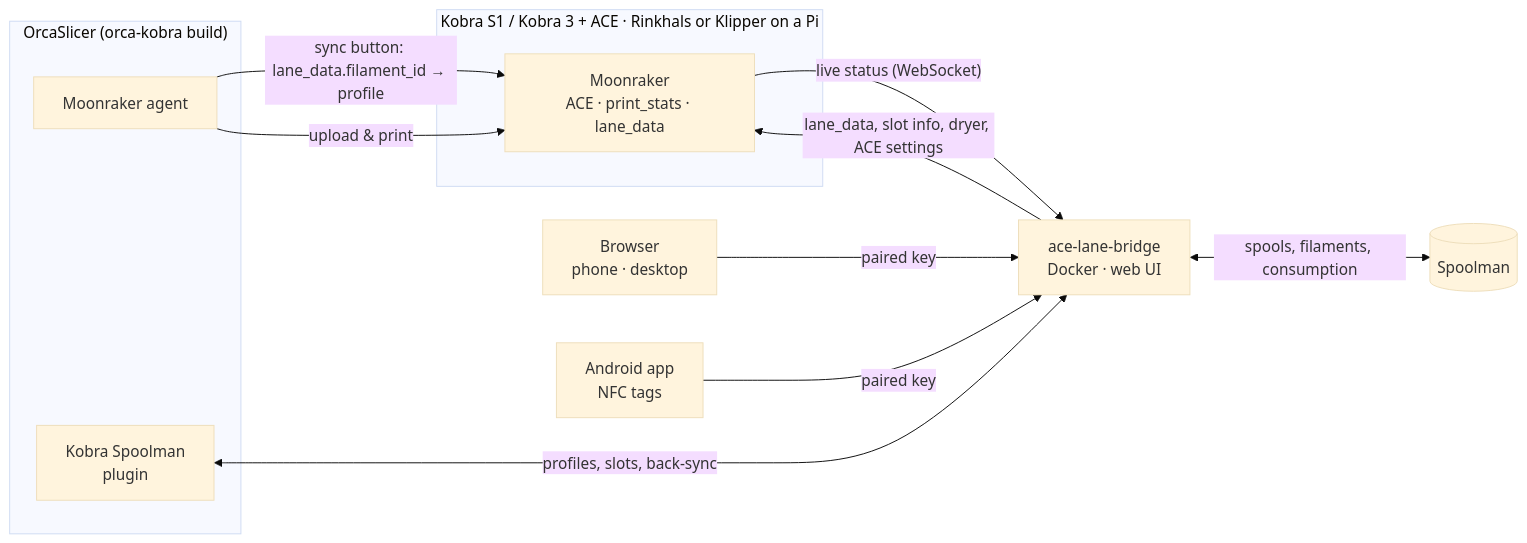
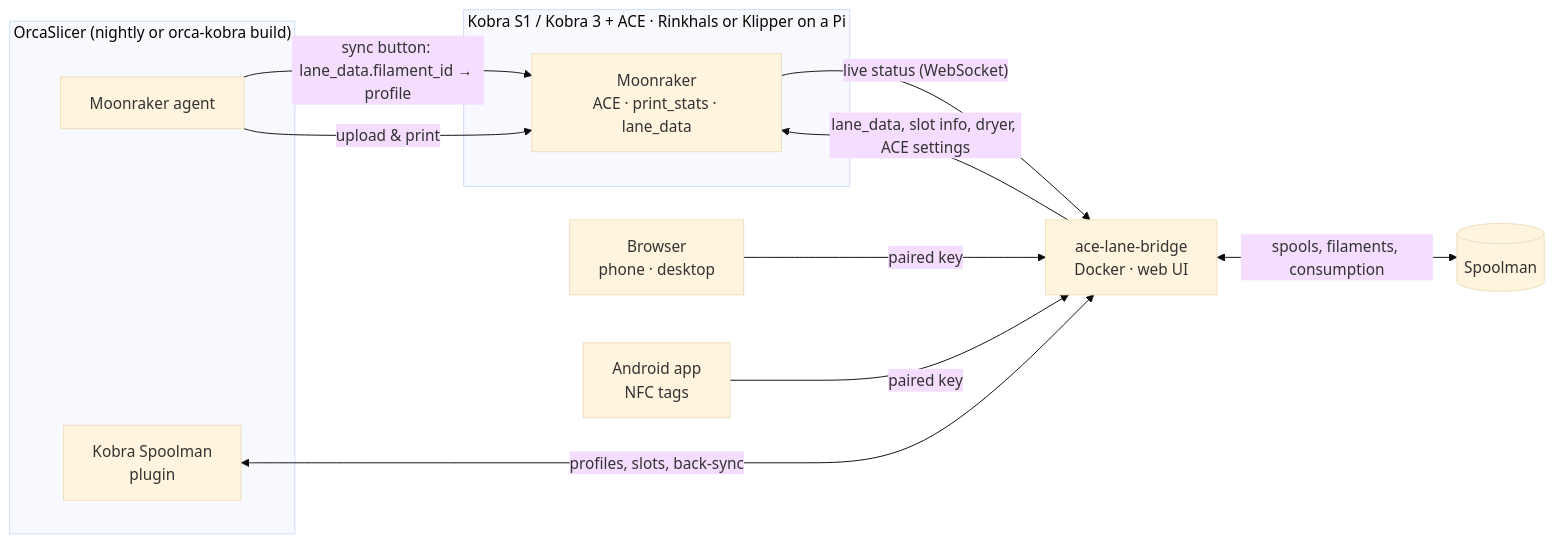
Before and after one commit to xNoVoSx/kobra-spoolman: the diagram in README.md, drawn with Mermaid (base theme). The commit also changed other lines of this file and 23 other files, not shown here.

````diff
--- a/README.md
+++ b/README.md
@@ -77,23 +81,23 @@
 ```mermaid
 flowchart LR
     subgraph Printer["Kobra S1 / Kobra 3 + ACE · Rinkhals or Klipper on a Pi"]
         MR[Moonraker<br/>ACE · print_stats · lane_data]
     end
     SM[(Spoolman)]
     BR[ace-lane-bridge<br/>Docker · web UI]
-    subgraph PC["OrcaSlicer (orca-kobra build)"]
+    subgraph PC["OrcaSlicer (nightly or orca-kobra build)"]
         AG[Moonraker agent]
         PL[Kobra Spoolman<br/>plugin]
     end
     Web[Browser<br/>phone · desktop]
     App[Android app<br/>NFC tags]
 
     MR -- "live status (WebSocket)" --> BR
     BR -- "lane_data, slot info, dryer, ACE settings" --> MR
     BR <-->|"spools, filaments, consumption"| SM
     Web -- "paired key" --> BR
     App -- "paired key" --> BR
     PL <-->|"profiles, slots, back-sync"| BR
     AG -- "sync button: lane_data.filament_id → profile" --> MR
     AG -- "upload & print" --> MR
 ```
````
